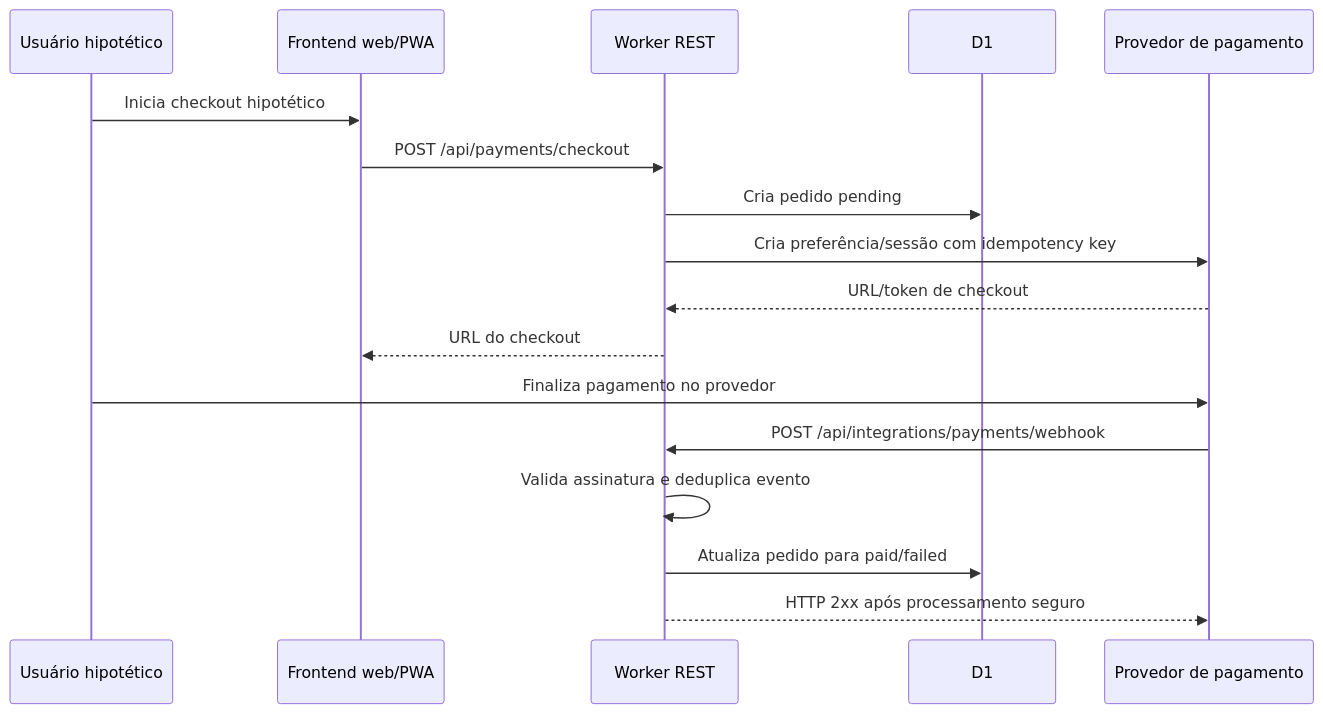
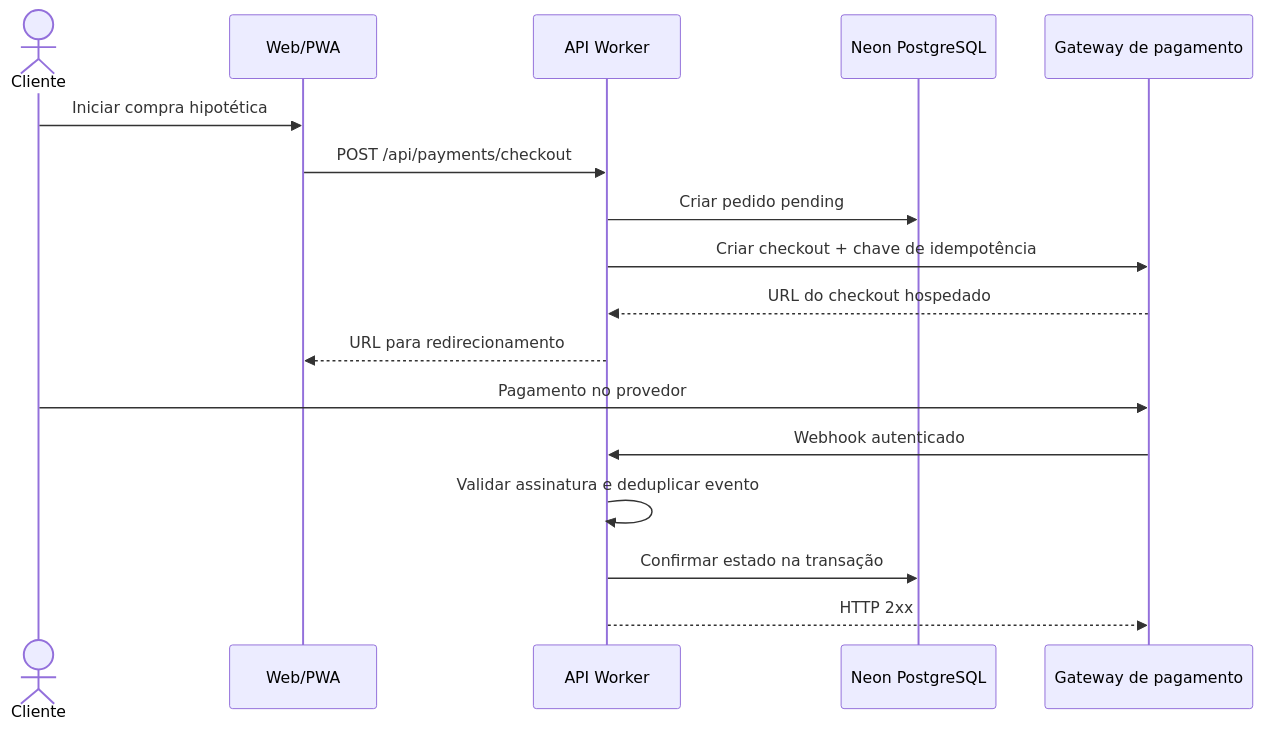
Before and after one commit to pitado/receitando: the second of 3 diagrams in docs/system-design-fase4.md, drawn with Mermaid. The commit also changed other lines of this file and 71 other files, not shown here.

First line of the commit message:
Fase 4: System Design em PostgreSQL e documentação de escalabilidade

````diff
--- a/docs/system-design-fase4.md
+++ b/docs/system-design-fase4.md
@@ -91,19 +66,19 @@
 ```mermaid
 sequenceDiagram
-    participant U as Usuário hipotético
-    participant FE as Frontend web/PWA
-    participant API as Worker REST
-    participant DB as D1
-    participant PG as Provedor de pagamento
-    U->>FE: Inicia checkout hipotético
-    FE->>API: POST /api/payments/checkout
-    API->>DB: Cria pedido pending
-    API->>PG: Cria preferência/sessão com idempotency key
-    PG-->>API: URL/token de checkout
-    API-->>FE: URL do checkout
-    U->>PG: Finaliza pagamento no provedor
-    PG->>API: POST /api/integrations/payments/webhook
-    API->>API: Valida assinatura e deduplica evento
-    API->>DB: Atualiza pedido para paid/failed
-    API-->>PG: HTTP 2xx após processamento seguro
+  actor Cliente
+  participant FE as Web/PWA
+  participant API as API Worker
+  participant DB as Neon PostgreSQL
+  participant MP as Gateway de pagamento
+  Cliente->>FE: Iniciar compra hipotética
+  FE->>API: POST /api/payments/checkout
+  API->>DB: Criar pedido pending
+  API->>MP: Criar checkout + chave de idempotência
+  MP-->>API: URL do checkout hospedado
+  API-->>FE: URL para redirecionamento
+  Cliente->>MP: Pagamento no provedor
+  MP->>API: Webhook autenticado
+  API->>API: Validar assinatura e deduplicar evento
+  API->>DB: Confirmar estado na transação
+  API-->>MP: HTTP 2xx
 ```
````
